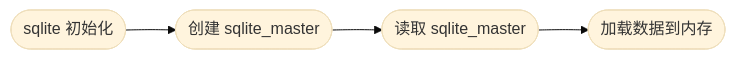
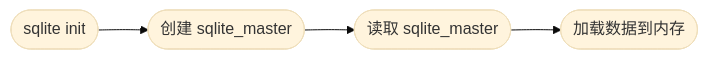
Before and after one commit to amwps290/amwps290.github.io: the diagram in _posts/sqlite3/2024-09-26-sqlite3-p2.md, drawn with Mermaid (base theme). The commit also changed other lines of this file, not shown here.

Commit message:
测试图例

````diff
--- a/_posts/sqlite3/2024-09-26-sqlite3-p2.md
+++ b/_posts/sqlite3/2024-09-26-sqlite3-p2.md
@@ -14,4 +14,4 @@
 ```mermaid
 flowchart LR
-  A([sqlite 初始化]) --> B([创建 sqlite_master]) --> C([读取 sqlite_master]) --> D([加载数据到内存])
+  A(["sqlite init"]) --> B(["创建 sqlite_master"]) --> C(["读取 sqlite_master"]) --> D(["加载数据到内存"])
 ```
````
